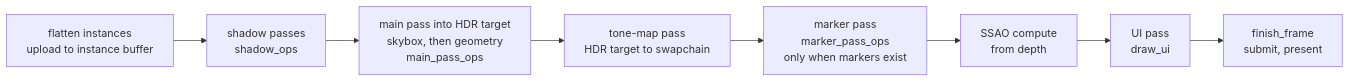
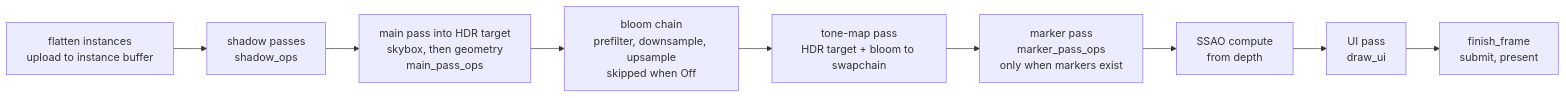
One commit to WrackedFella/moho changed the third of 3 diagrams in wiki/architecture/rendering.md. Above: the diagram before and after it, drawn with Mermaid. The commit also changed other lines of this file and 33 other files, not shown here.

````diff
--- a/wiki/architecture/rendering.md
+++ b/wiki/architecture/rendering.md
@@ -176,10 +176,11 @@
 ```mermaid
 flowchart LR
     A["flatten instances<br/>upload to instance buffer"] --> B["shadow passes<br/>shadow_ops"]
     B --> C["main pass into HDR target<br/>skybox, then geometry<br/>main_pass_ops"]
-    C --> T["tone-map pass<br/>HDR target to swapchain"]
+    C --> L["bloom chain<br/>prefilter, downsample, upsample<br/>skipped when Off"]
+    L --> T["tone-map pass<br/>HDR target + bloom to swapchain"]
     T --> K["marker pass<br/>marker_pass_ops<br/>only when markers exist"]
     K --> D["SSAO compute<br/>from depth"]
     D --> U["UI pass<br/>draw_ui"]
     U --> E["finish_frame<br/>submit, present"]
 ```
````
